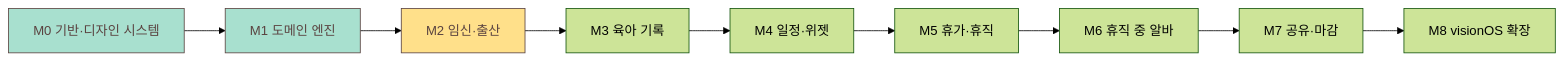
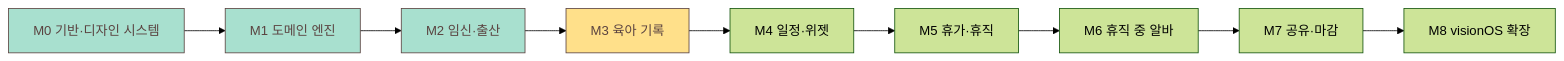
Before and after one commit to kimminung/Nestory: the fifth of 5 diagrams in README.md, drawn with Mermaid (forest theme). The commit also changed other lines of this file and 36 other files, not shown here.

````diff
--- a/README.md
+++ b/README.md
@@ -139,13 +160,13 @@
 ```mermaid
 flowchart LR
     M0[M0 기반·디자인 시스템]:::done --> M1[M1 도메인 엔진]:::done
-    M1 --> M2[M2 임신·출산]:::next
-    M2 --> M3[M3 육아 기록]
+    M1 --> M2[M2 임신·출산]:::done
+    M2 --> M3[M3 육아 기록]:::next
     M3 --> M4[M4 일정·위젯]
     M4 --> M5[M5 휴가·휴직]
     M5 --> M6[M6 휴직 중 알바]
     M6 --> M7[M7 공유·마감]
     M7 --> M8[M8 visionOS 확장]
     classDef done fill:#A8E0CF,stroke:#5A4340,color:#5A4340
     classDef next fill:#FFE08A,stroke:#5A4340,color:#5A4340
 ```
````
